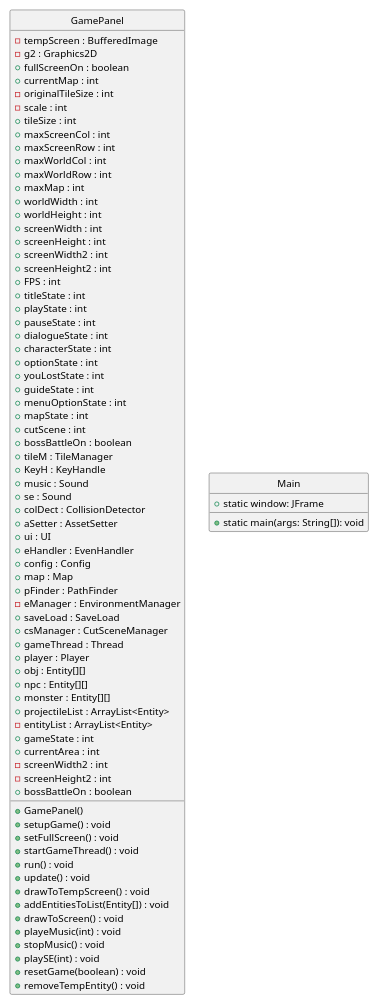
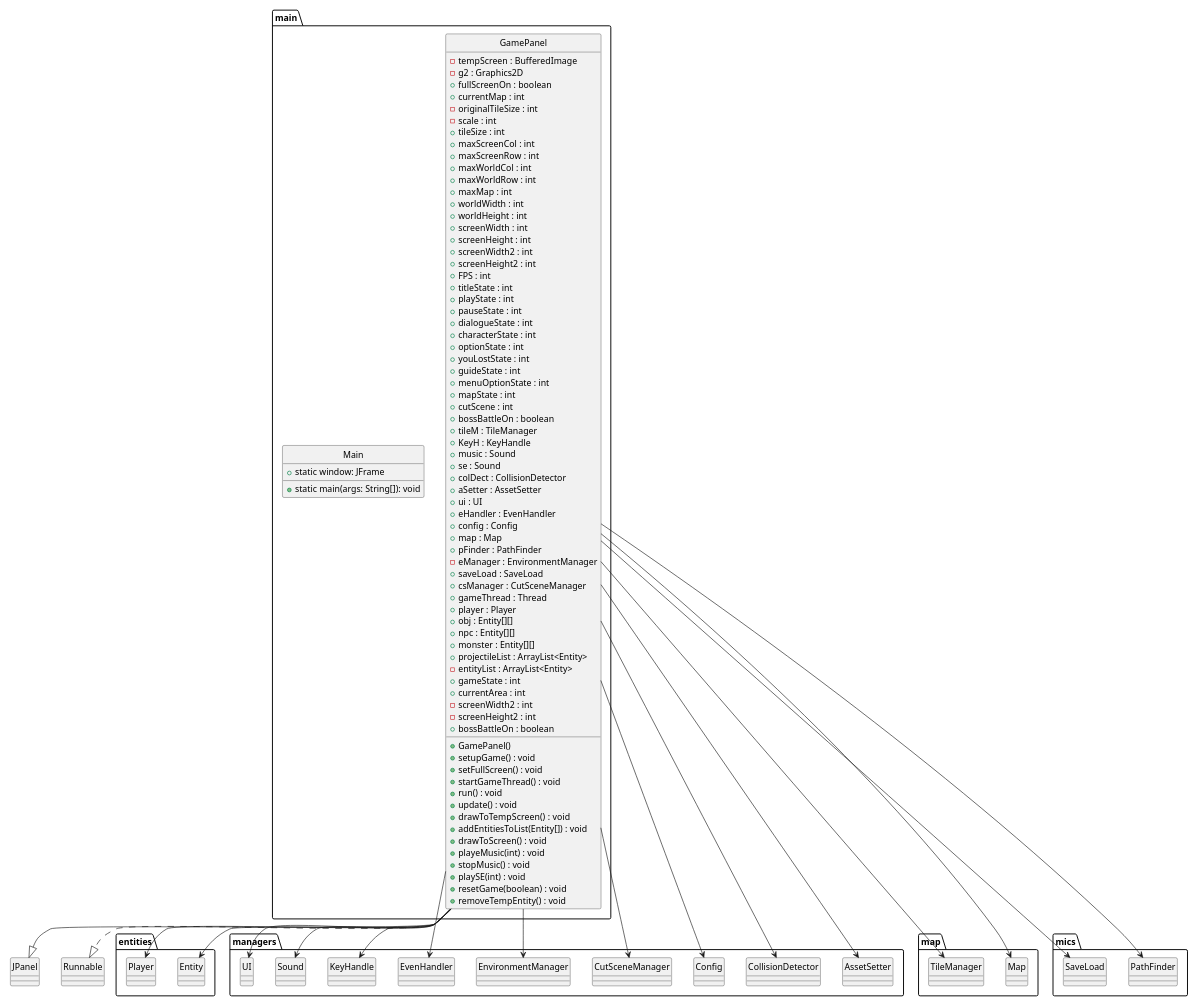
One commit to notrealqt/HCMIU-Escigma changed the diagram in Report/UML/main/main.puml. Above: the diagram before and after it, drawn with PlantUML. The commit also changed 7 other files, not shown here.

Commit message:
Finish UML

```diff
--- a/Report/UML/main/main.puml
+++ b/Report/UML/main/main.puml
@@ -1,82 +1,124 @@
 @startuml "main"
 hide circle
 scale 1920*1080
-class GamePanel {
-    - tempScreen : BufferedImage
-    - g2 : Graphics2D
-    + fullScreenOn : boolean
-    + currentMap : int
-    - originalTileSize : int
-    - scale : int
-    + tileSize : int
-    + maxScreenCol : int
-    + maxScreenRow : int
-    + maxWorldCol : int
-    + maxWorldRow : int
-    + maxMap : int
-    + worldWidth : int
-    + worldHeight : int
-    + screenWidth : int
-    + screenHeight : int
-    + screenWidth2 : int
-    + screenHeight2 : int
-    + FPS : int
-    + titleState : int
-    + playState : int
-    + pauseState : int
-    + dialogueState : int
-    + characterState : int
-    + optionState : int
-    + youLostState : int
-    + guideState : int
-    + menuOptionState : int
-    + mapState : int
-    + cutScene : int
-    + bossBattleOn : boolean
-    + tileM : TileManager
-    + KeyH : KeyHandle
-    + music : Sound
-    + se : Sound
-    + colDect : CollisionDetector
-    + aSetter : AssetSetter
-    + ui : UI
-    + eHandler : EvenHandler
-    + config : Config
-    + map : Map
-    + pFinder : PathFinder
-    - eManager : EnvironmentManager
-    + saveLoad : SaveLoad
-    + csManager : CutSceneManager
-    + gameThread : Thread
-    + player : Player
-    + obj : Entity[][]
-    + npc : Entity[][]
-    + monster : Entity[][]
-    + projectileList : ArrayList<Entity>
-    - entityList : ArrayList<Entity>
-    + gameState : int
-    + currentArea : int
-    - screenWidth2 : int
-    - screenHeight2 : int
-    + bossBattleOn : boolean
-    + GamePanel()
-    + setupGame() : void
-    + setFullScreen() : void
-    + startGameThread() : void
-    + run() : void
-    + update() : void
-    + drawToTempScreen() : void
-    + addEntitiesToList(Entity[]) : void
-    + drawToScreen() : void
-    + playeMusic(int) : void
-    + stopMusic() : void
-    + playSE(int) : void
-    + resetGame(boolean) : void
-    + removeTempEntity() : void
+package main {
+    class GamePanel {
+        - tempScreen : BufferedImage
+        - g2 : Graphics2D
+        + fullScreenOn : boolean
+        + currentMap : int
+        - originalTileSize : int
+        - scale : int
+        + tileSize : int
+        + maxScreenCol : int
+        + maxScreenRow : int
+        + maxWorldCol : int
+        + maxWorldRow : int
+        + maxMap : int
+        + worldWidth : int
+        + worldHeight : int
+        + screenWidth : int
+        + screenHeight : int
+        + screenWidth2 : int
+        + screenHeight2 : int
+        + FPS : int
+        + titleState : int
+        + playState : int
+        + pauseState : int
+        + dialogueState : int
+        + characterState : int
+        + optionState : int
+        + youLostState : int
+        + guideState : int
+        + menuOptionState : int
+        + mapState : int
+        + cutScene : int
+        + bossBattleOn : boolean
+        + tileM : TileManager
+        + KeyH : KeyHandle
+        + music : Sound
+        + se : Sound
+        + colDect : CollisionDetector
+        + aSetter : AssetSetter
+        + ui : UI
+        + eHandler : EvenHandler
+        + config : Config
+        + map : Map
+        + pFinder : PathFinder
+        - eManager : EnvironmentManager
+        + saveLoad : SaveLoad
+        + csManager : CutSceneManager
+        + gameThread : Thread
+        + player : Player
+        + obj : Entity[][]
+        + npc : Entity[][]
+        + monster : Entity[][]
+        + projectileList : ArrayList<Entity>
+        - entityList : ArrayList<Entity>
+        + gameState : int
+        + currentArea : int
+        - screenWidth2 : int
+        - screenHeight2 : int
+        + bossBattleOn : boolean
+        + GamePanel()
+        + setupGame() : void
+        + setFullScreen() : void
+        + startGameThread() : void
+        + run() : void
+        + update() : void
+        + drawToTempScreen() : void
+        + addEntitiesToList(Entity[]) : void
+        + drawToScreen() : void
+        + playeMusic(int) : void
+        + stopMusic() : void
+        + playSE(int) : void
+        + resetGame(boolean) : void
+        + removeTempEntity() : void
+    }
+    class Main {
+        + static window: JFrame
+        + static main(args: String[]): void
+    }
 }
-class Main {
-    + static window: JFrame
-    + static main(args: String[]): void
+package entities {
+    class Entity
+    class Player
+}
+package managers {
+    class AssetSetter
+    class CollisionDetector
+    class Config
+    class CutSceneManager
+    class EnvironmentManager
+    class EvenHandler
+    class KeyHandle
+    class Sound
+    class UI
+}
+package map {
+    class Map
+    class TileManager
+}
+package mics {
+    class PathFinder
+    class SaveLoad
 }
 
+GamePanel --> Entity
+GamePanel --> Player
+GamePanel --> AssetSetter
+GamePanel --> CollisionDetector
+GamePanel --> Config
+GamePanel --> CutSceneManager
+GamePanel --> EnvironmentManager
+GamePanel --> EvenHandler
+GamePanel --> KeyHandle
+GamePanel --> Sound
+GamePanel --> UI
+GamePanel --> Map
+GamePanel --> TileManager
+GamePanel --> PathFinder
+GamePanel --> SaveLoad
+GamePanel --|> JPanel
+GamePanel ..|> Runnable
 @enduml 
```
